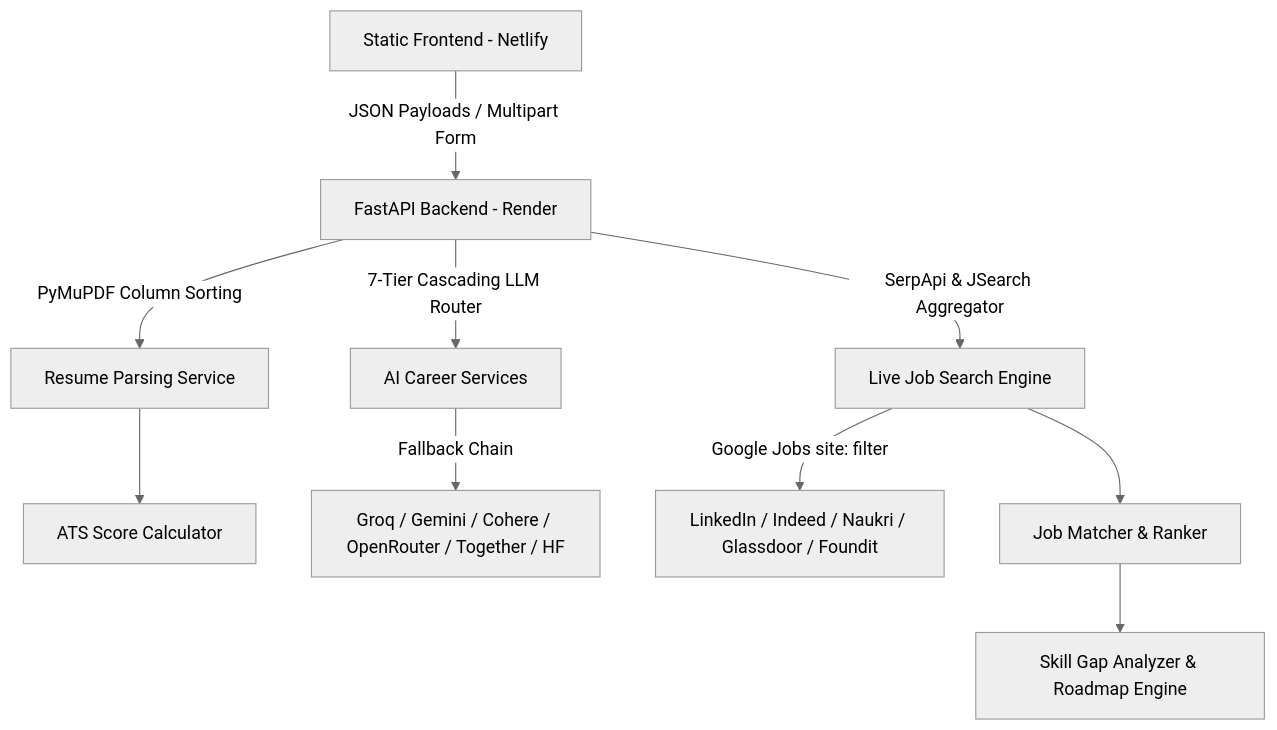
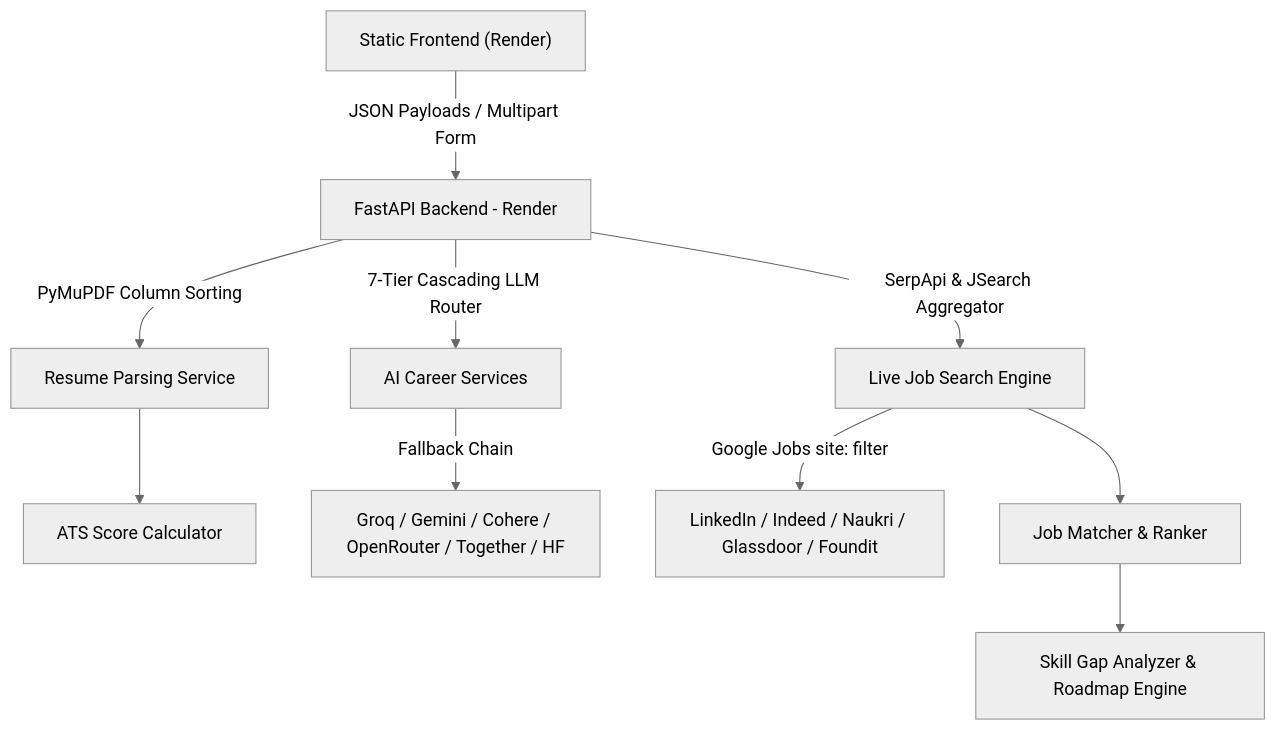
Before and after one commit to Vishnu-Sai-bit/AI_Job_Agent: the diagram in README.md, drawn with Mermaid (neutral theme). The commit also changed other lines of this file and 1 other file, not shown here.

````diff
--- a/README.md
+++ b/README.md
@@ -67,14 +67,14 @@
 ```mermaid
 graph TD
-    A[Static Frontend - Netlify] -->|JSON Payloads / Multipart Form| B[FastAPI Backend - Render]
+    A["Static Frontend (Render)"] -->|JSON Payloads / Multipart Form| B[FastAPI Backend - Render]
     B -->|PyMuPDF Column Sorting| C[Resume Parsing Service]
     B -->|7-Tier Cascading LLM Router| D[AI Career Services]
     B -->|SerpApi & JSearch Aggregator| E[Live Job Search Engine]
     
     D -->|Fallback Chain| F[Groq / Gemini / Cohere / OpenRouter / Together / HF]
     E -->|Google Jobs site: filter| G[LinkedIn / Indeed / Naukri / Glassdoor / Foundit]
     
     C --> H[ATS Score Calculator]
     E --> I[Job Matcher & Ranker]
     I --> J[Skill Gap Analyzer & Roadmap Engine]
 ```
````
